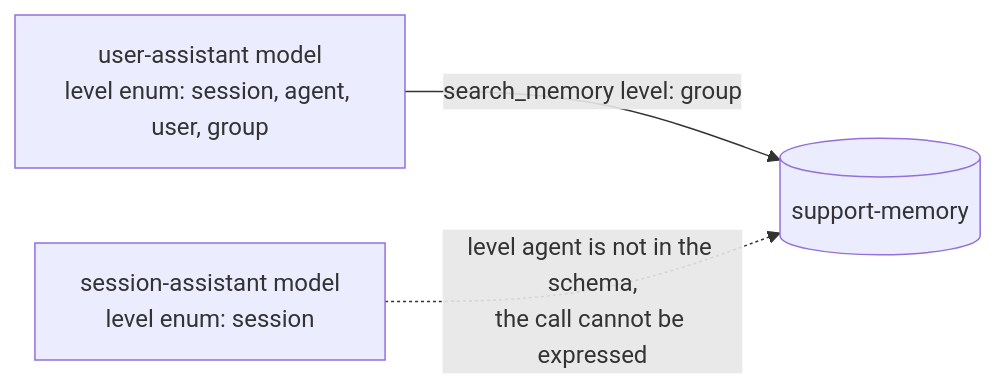
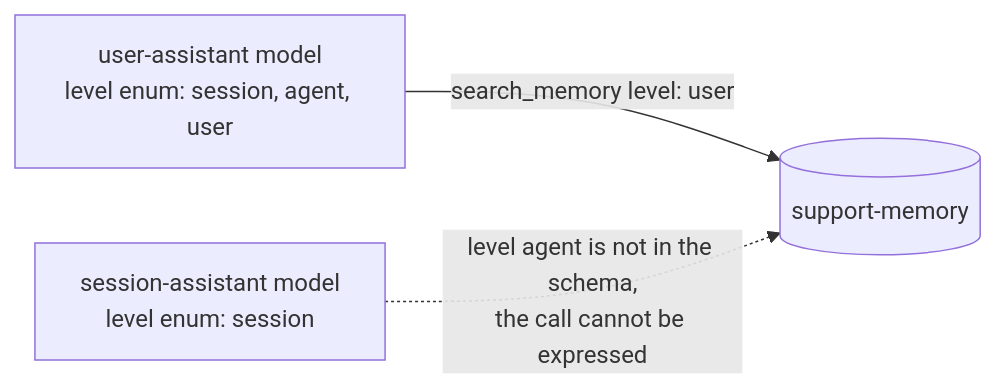
One commit to axsaucedo/kaos-adrs changed the fourth of 4 diagrams in memory/blog/BLOGPOST_DRAFT_PART_4.md. Above: the diagram before and after it, drawn with Mermaid. The commit also changed other lines of this file, not shown here.

First line of the commit message:
blog(part4): rework worked example against the merged read-scope model

````diff
--- a/memory/blog/BLOGPOST_DRAFT_PART_4.md
+++ b/memory/blog/BLOGPOST_DRAFT_PART_4.md
@@ -401,5 +412,5 @@
 ```mermaid
 graph LR
-  UAg["user-assistant model<br/>level enum: session, agent, user, group"] -->|"search_memory level: group"| S[("support-memory")]
+  UAg["user-assistant model<br/>level enum: session, agent, user"] -->|"search_memory level: user"| S[("support-memory")]
   SAg["session-assistant model<br/>level enum: session"] -. "level agent is not in the schema,<br/>the call cannot be expressed" .-> S
 ```
````
